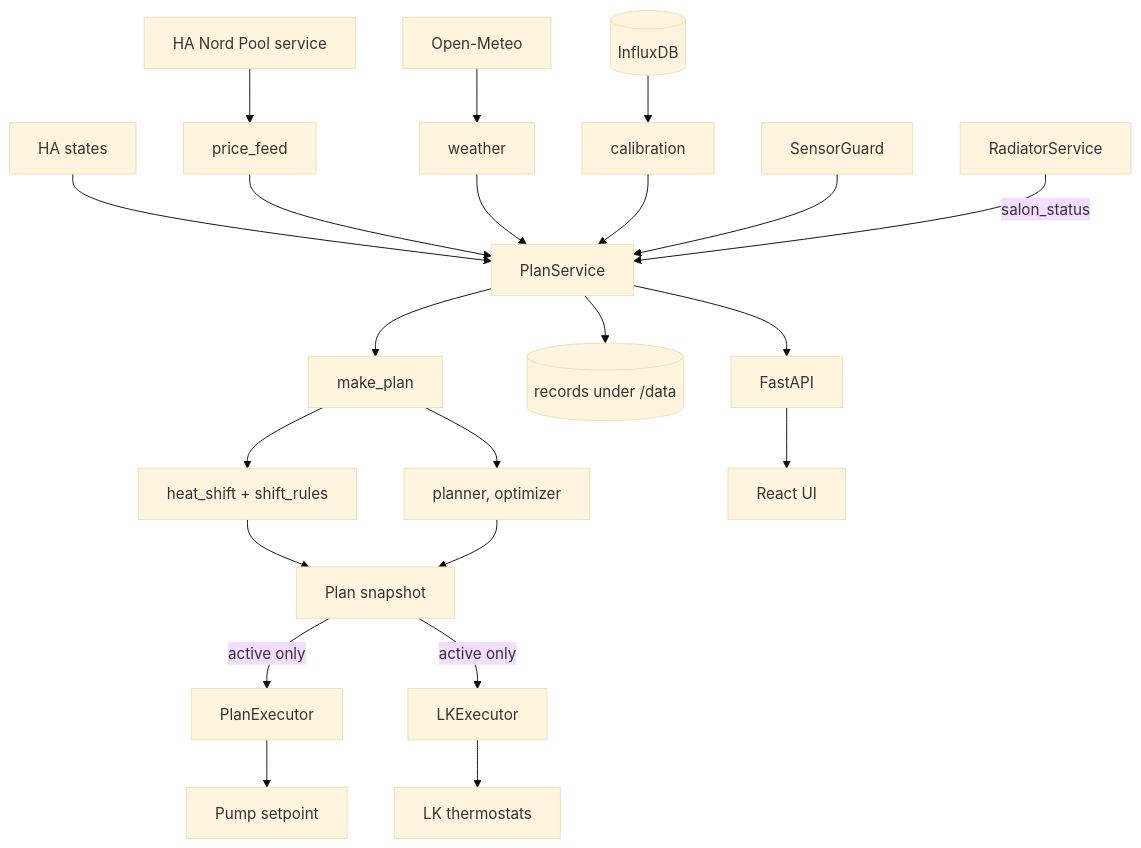
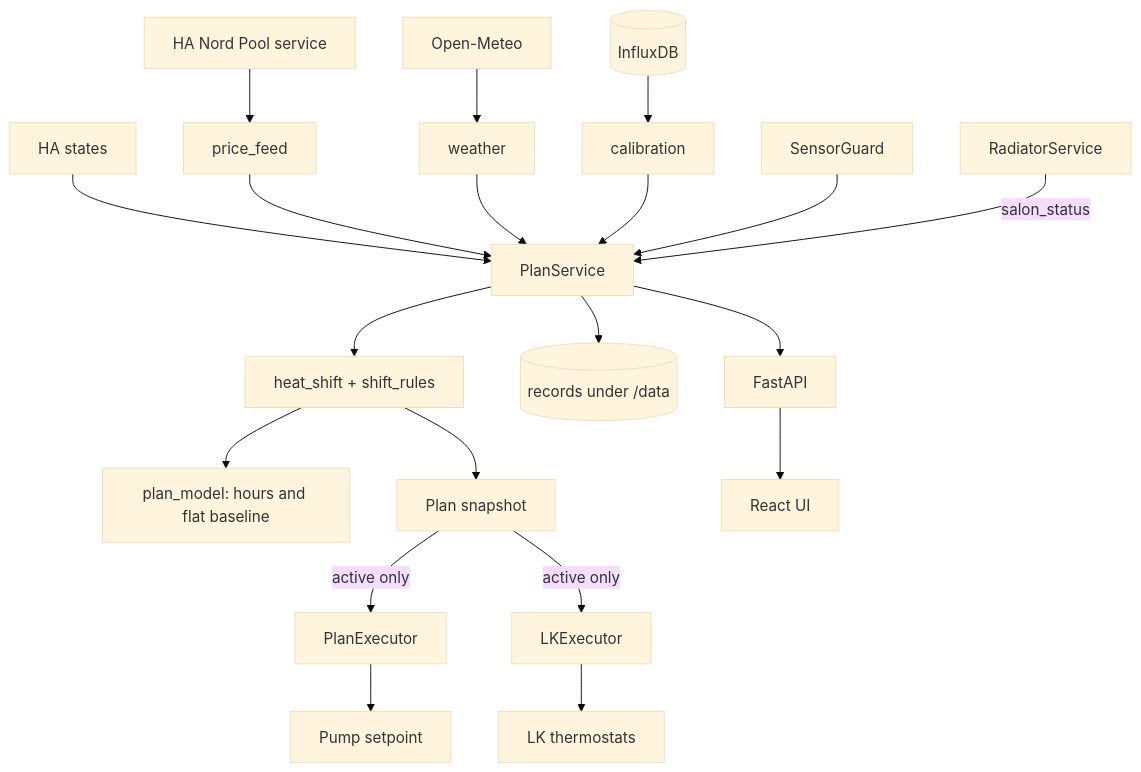
Before and after one commit to johanzander/Theria: the diagram in docs/SOFTWARE_DESIGN.md, drawn with Mermaid (base theme). The commit also changed other lines of this file and 64 other files, not shown here.

````diff
--- a/docs/SOFTWARE_DESIGN.md
+++ b/docs/SOFTWARE_DESIGN.md
@@ -39,24 +39,22 @@
 ```mermaid
 graph TD
     NP[HA Nord Pool service] --> PF[price_feed]
     OM[Open-Meteo] --> W[weather]
     HA[HA states] --> PS[PlanService]
     IDB[(InfluxDB)] --> CAL[calibration]
     PF --> PS
     W --> PS
     CAL --> PS
     SG[SensorGuard] --> PS
     RS[RadiatorService] -->|salon_status| PS
-    PS --> MP[make_plan]
-    MP --> HS[heat_shift + shift_rules]
-    MP --> DP[planner, optimizer]
+    PS --> HS[heat_shift + shift_rules]
+    HS --> PM[plan_model: hours and flat baseline]
     HS --> PLAN[Plan snapshot]
-    DP --> PLAN
     PLAN -->|active only| EX[PlanExecutor]
     PLAN -->|active only| LK[LKExecutor]
     EX --> PUMP[Pump setpoint]
     LK --> TH[LK thermostats]
     PS --> REC[(records under /data)]
     PS --> API[FastAPI]
     API --> UI[React UI]
 ```
````
